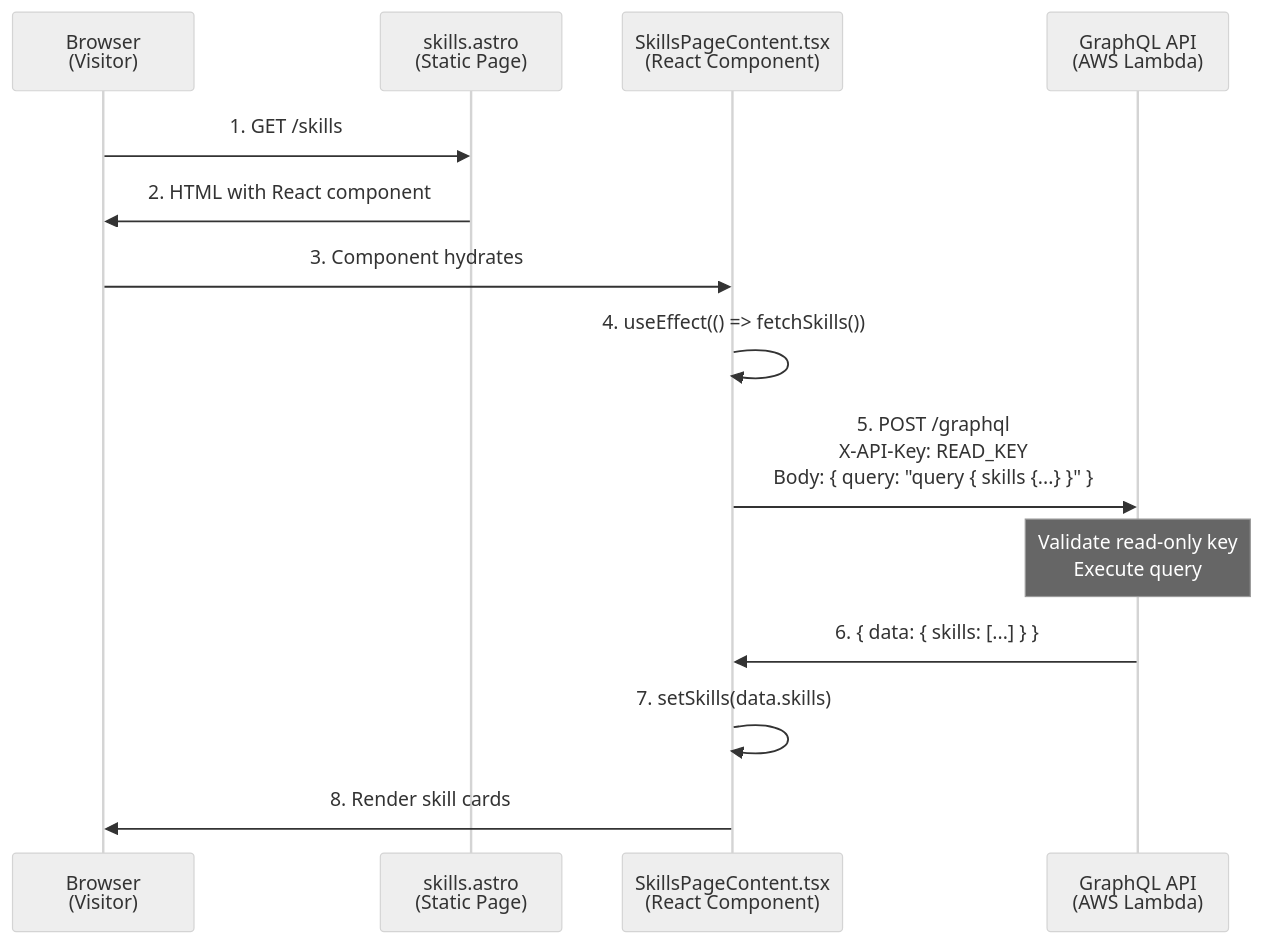
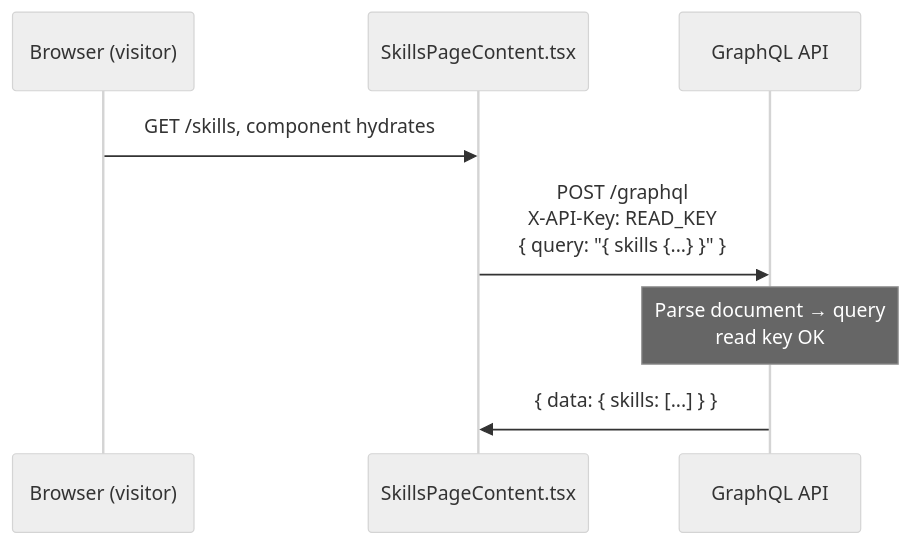
The second of 5 diagrams in docs/auth-flow-diagram.md (roadlittledawn/portfolio-site), drawn with Mermaid (neutral theme) before and after one commit. The commit also changed other lines of this file and 6 other files, not shown here.

````diff
--- a/docs/auth-flow-diagram.md
+++ b/docs/auth-flow-diagram.md
@@ -28,19 +47,11 @@
 ```mermaid
 sequenceDiagram
-    participant Browser as Browser<br/>(Visitor)
-    participant Astro as skills.astro<br/>(Static Page)
-    participant React as SkillsPageContent.tsx<br/>(React Component)
-    participant API as GraphQL API<br/>(AWS Lambda)
-    
-    Browser->>Astro: 1. GET /skills
-    Astro->>Browser: 2. HTML with React component
-    Browser->>React: 3. Component hydrates
-    React->>React: 4. useEffect(() => fetchSkills())
-    React->>API: 5. POST /graphql<br/>X-API-Key: READ_KEY<br/>Body: { query: "query { skills {...} }" }
-    
-    Note over API: Validate read-only key<br/>Execute query
-    
-    API->>React: 6. { data: { skills: [...] } }
-    React->>React: 7. setSkills(data.skills)
-    React->>Browser: 8. Render skill cards
+    participant Browser as Browser (visitor)
+    participant React as SkillsPageContent.tsx
+    participant API as GraphQL API
+
+    Browser->>React: GET /skills, component hydrates
+    React->>API: POST /graphql<br/>X-API-Key: READ_KEY<br/>{ query: "{ skills {...} }" }
+    Note over API: Parse document → query<br/>read key OK
+    API->>React: { data: { skills: [...] } }
 ```
````
